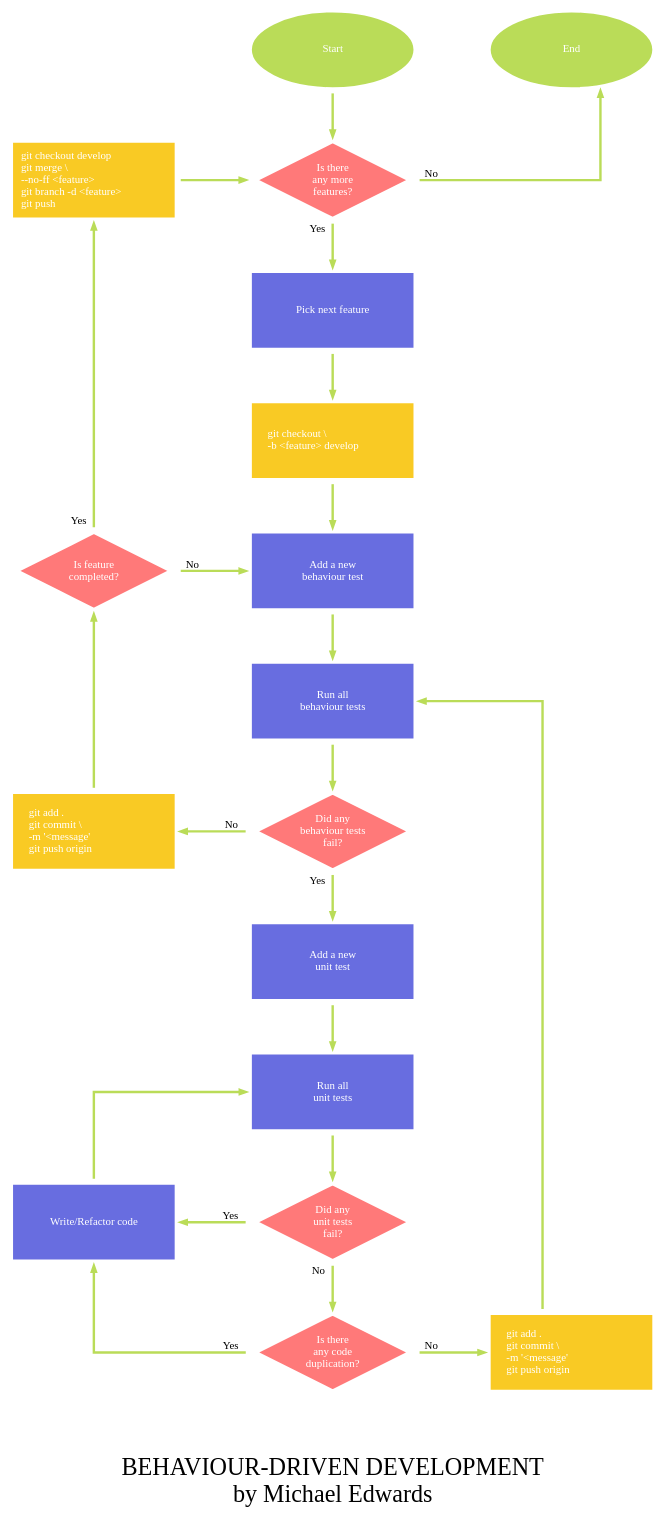
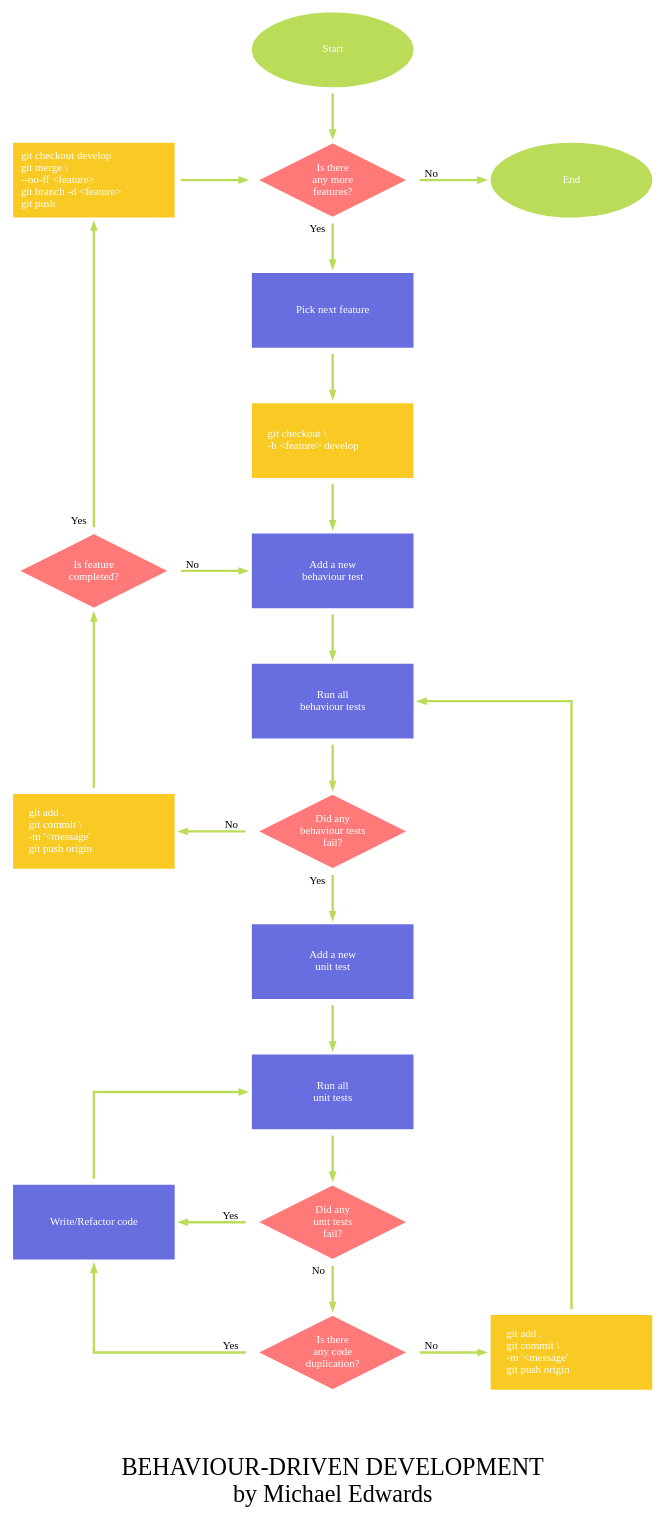
The diagram in bdd.dot (michaeledwards-au/agile-project-flowchart), drawn with Graphviz before and after one commit. The commit also changed 1 other file, not shown here.

Commit message:
Tweaked BDD flowchart

```diff
--- a/bdd.dot
+++ b/bdd.dot
@@ -1,121 +1,120 @@
 digraph G {
 
 //============================================================================//
 // GRAPH
 //============================================================================//
 
 // graph setup
 fontsize="40"; margin="1"; nodesep="1.5"; ranksep="1"; splines="ortho";
 
 // default node setup
 node [color=white fontcolor="white" fontname="serif bold" fontsize="18"
 fixedsize="true" height="2" margin="0.5" penwidth="20" style="filled"
 width="4"];
 
 // default edge setup
 edge [arrowsize="1" color="#badc58" fontname="serif" fontsize="18" 
 penwidth="4"];
   
 // [GRAPH TITLE]--------------------------------------------------------------//
 
 label="\n\nBEHAVIOUR-DRIVEN DEVELOPMENT\n by Michael Edwards ";
   
 //============================================================================//
 // NODES
 //============================================================================//
 
 // terminal node setup
 node [fillcolor="#badc58" shape="oval"];
   
 // [TERMINAL NODES]-----------------------------------------------------------//     
   
 te0101 [label="Start"];
 te0102 [label="End"];
   
 //----------------------------------------------------------------------------//
  
 // decision node setup
 node [fillcolor="#ff7979" shape="diamond"];
 
 // [DECISION NODES]-----------------------------------------------------------//     
 
 de0101 [label="Did any\nbehaviour tests\nfail?"];
 de0102 [label="Is feature\ncompleted?"];
 de0103 [label="Did any\nunit tests\n\fail?"];
 de0104 [label="Is there\nany code\nduplication?"];
 de0105 [label="Is there\nany more\nfeatures?"];
 
 //----------------------------------------------------------------------------//
  
 // process node setup
 node [fillcolor="#686de0" shape="box"];
 
 // [PROCESS NODES]------------------------------------------------------------//     
 
 pr0101 [label="Pick next feature"];
 pr0102 [label="Add a new\nbehaviour test"];
 pr0103 [label="Run all\nbehaviour tests"];
 pr0104 [label="Add a new\nunit test"];
 pr0106 [label="Run all\nunit tests"];
 pr0107 [label="Write/Refactor code"];
 
 //----------------------------------------------------------------------------//
  
 // input/output node setup
 node [fillcolor="#f9ca24" fontname="courier bold" shape="box"];
 
 // [INPUT/OUTPUT NODES]-------------------------------------------------------//
 
 io0101 [label="git checkout \\\l-b <feature> develop\l"];
 io0102 [label="git add .\lgit commit \\\l-m '<message'\lgit push origin\l"];
 io0103 [label="git checkout develop\lgit merge \\\l--no-ff <feature>\lgit branch -d <feature>\lgit push\l"];
 io0104 [label="git add .\lgit commit \\\l-m '<message'\lgit push origin\l"];
 
 //----------------------------------------------------------------------------//          
 
 //============================================================================//
 // EDGES 
 //============================================================================//
 
-subgraph {rank="same"; te0101; te0102;}
+subgraph {te0101; te0102;}
 te0101 -> de0105;
-te0102;
 
-subgraph {rank="same"; io0103; de0105;}
+subgraph {rank="same"; io0103; de0105; te0102; }
 io0103 -> de0105;
 de0105 -> pr0101 [taillabel="  Yes  "];
 de0105 -> te0102 [constraint="false" taillabel="  No  "];
 
 pr0101 -> io0101;
 
 io0101 -> pr0102;
 
 subgraph {rank="same"; de0102; pr0102;}
 de0102 -> io0103 [constraint="false" taillabel="  Yes  "];
 de0102 -> pr0102 [taillabel="  No  "];
 pr0102 -> pr0103;
 
 pr0103 -> de0101;
 
 subgraph {rank="same"; io0102; de0101;}
 io0102 -> de0102 [constraint="false"];
 io0102 -> de0101 [dir="back" headlabel="  No  "];
 de0101 -> pr0104 [taillabel="  Yes  "];
 
 pr0104 -> pr0106;
 
 pr0106 -> de0103;
 
 subgraph {rank="same"; pr0107; de0103;}
 pr0107 -> pr0106 [constraint="false"];
 pr0107 -> de0103 [dir="back" headlabel="  Yes  "];
 de0103 -> de0104 [taillabel="  No  "];
 
 subgraph {rank="same"; de0104; io0104; }
 de0104 -> pr0107 [constraint="false" taillabel="  Yes  "];
 de0104 -> io0104 [taillabel="  No  "];
 io0104 -> pr0103 [constraint="false"];
 
 
 //============================================================================//
 }
```
